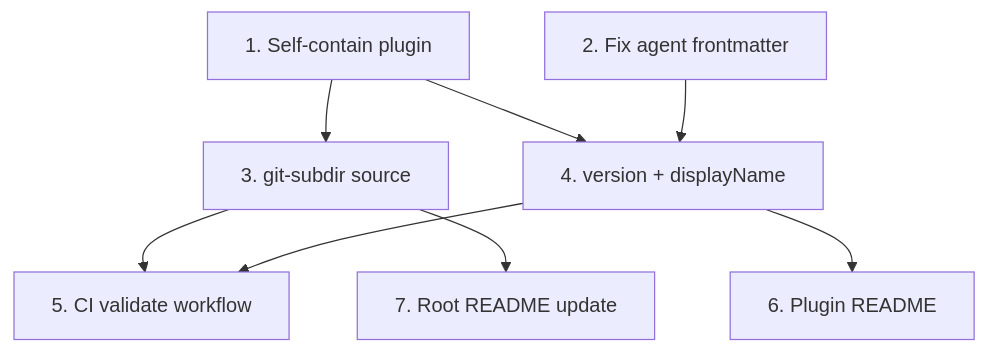
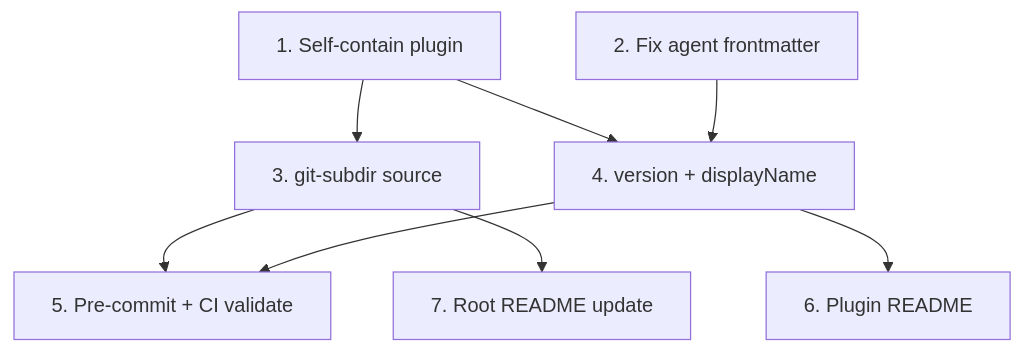
Before and after one commit to token-overflow/tokenoverflow: the diagram in docs/design/2026_05_23_claude_plugin_marketplace.md, drawn with Mermaid. The commit also changed other lines of this file and 3 other files, not shown here.

First line of the commit message:
Validate Claude plugin in pre-commit and CI

````diff
--- a/docs/design/2026_05_23_claude_plugin_marketplace.md
+++ b/docs/design/2026_05_23_claude_plugin_marketplace.md
@@ -885,10 +953,10 @@
 ```mermaid
 graph TD
     T1[1. Self-contain plugin] --> T3[3. git-subdir source]
     T1 --> T4[4. version + displayName]
     T2[2. Fix agent frontmatter] --> T4
-    T3 --> T5[5. CI validate workflow]
+    T3 --> T5[5. Pre-commit + CI validate]
     T4 --> T5
     T4 --> T6[6. Plugin README]
     T3 --> T7[7. Root README update]
 ```
````
